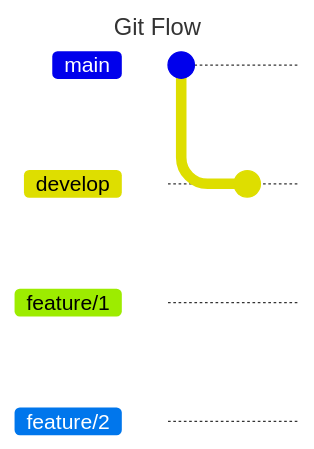
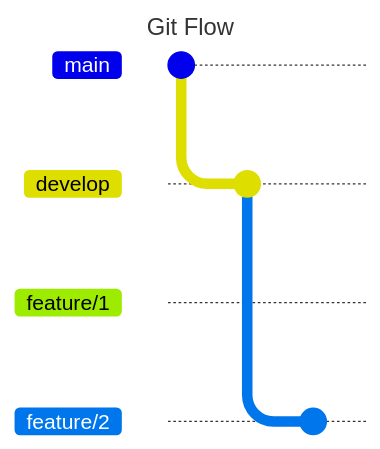
Before and after one commit to Weydon-Ding/learn-gitflow: the diagram in README.md, drawn with Mermaid. Commit ids are hidden.

Commit message:
feat: commit feature/2

````diff
--- a/README.md
+++ b/README.md
@@ -3,14 +3,17 @@
 ```mermaid
 ---
 title: Git Flow
 ---
 
 gitGraph
 
 commit
 branch develop
 
 commit
 branch feature/1
 branch feature/2
+
+checkout feature/2
+commit
 ```
````
